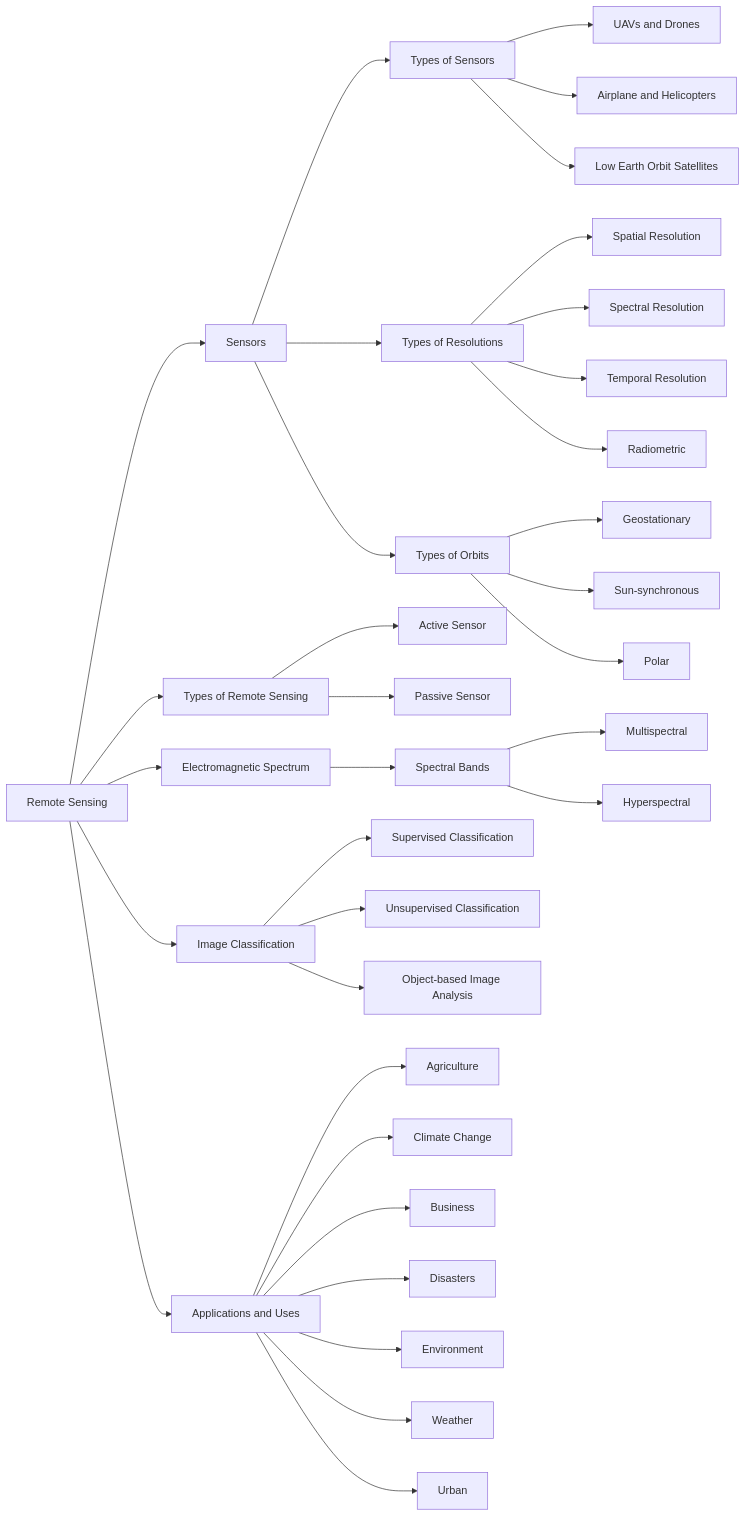
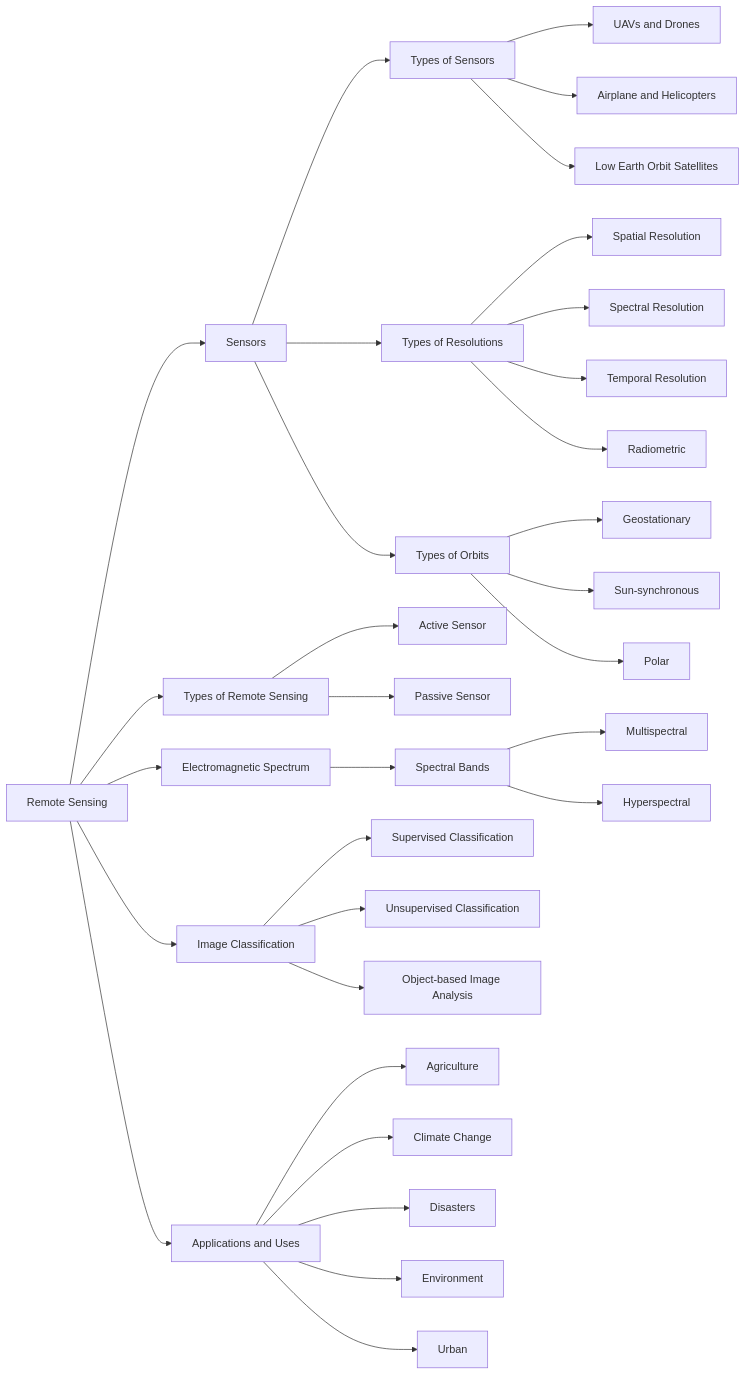
One commit to ListianingrumR/remote-sensing changed the diagram in week1.qmd. Above: the diagram before and after it, drawn with Mermaid. The commit also changed other lines of this file and 2 other files, not shown here.

````diff
--- a/week1.qmd
+++ b/week1.qmd
@@ -42,36 +5,34 @@
 ```{mermaid}
 flowchart LR;
     id1[Remote Sensing]-->id11[Sensors];
       id11-->id111[Types of Sensors];
         id111-->id1111[UAVs and Drones];
         id111-->id1112[Airplane and Helicopters];
         id111-->id1113[Low Earth Orbit Satellites];
       id11-->id112[Types of Resolutions];
         id112-->id1121[Spatial Resolution];
         id112-->id1122[Spectral Resolution];
         id112-->id1123[Temporal Resolution];
         id112-->id1124[Radiometric]
       id11-->id115[Types of Orbits];
         id115-->id1151[Geostationary];
         id115-->id1152[Sun-synchronous];
         id115-->id1153[Polar];
     id1-->id12[Types of Remote Sensing];
       id12-->id121[Active Sensor];
       id12-->id122[Passive Sensor];
     id1-->id13[Electromagnetic Spectrum];
       id13-->id131[Spectral Bands];
         id131-->id1311[Multispectral];
         id131-->id1312[Hyperspectral];
     id1-->id14[Image Classification];
       id14-->id141[Supervised Classification];
       id14-->id142[Unsupervised Classification];
       id14-->id143[Object-based Image Analysis];
     id1-->id15[Applications and Uses];
       id15-->id151[Agriculture];
       id15-->id152[Climate Change];
-      id15-->id153[Business];
-      id15-->id154[Disasters];
-      id15-->id155[Environment];
-      id15-->id156[Weather];
-      id15-->id157[Urban];
+      id15-->id153[Disasters];
+      id15-->id154[Environment];
+      id15-->id155[Urban];
 ```
````
